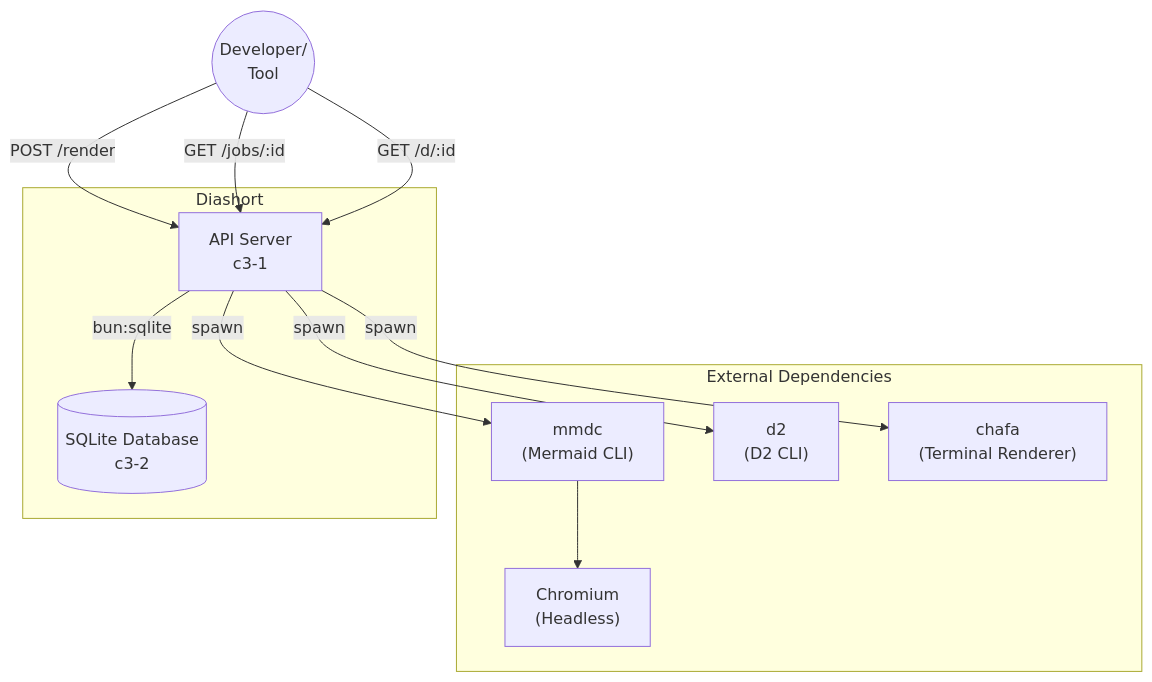
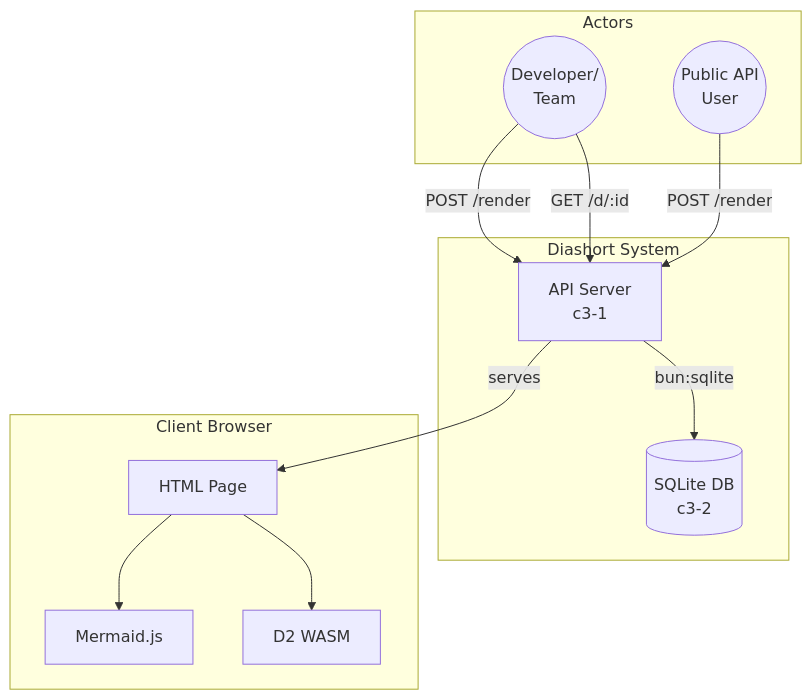
The first of 2 diagrams in .c3/README.md (lagz0ne/diashort), drawn with Mermaid before and after one commit. The commit also changed other lines of this file and 74 other files, not shown here.

First line of the commit message:
feat: migrate to client-side Mermaid + server-side D2 rendering

````diff
--- a/.c3/README.md
+++ b/.c3/README.md
@@ -23,24 +17,27 @@
 ```mermaid
 flowchart TB
-    subgraph External["External Dependencies"]
-        MMDC["mmdc<br/>(Mermaid CLI)"]
-        D2["d2<br/>(D2 CLI)"]
-        Chromium["Chromium<br/>(Headless)"]
-        Chafa["chafa<br/>(Terminal Renderer)"]
+    subgraph Actors
+        A1((Developer/<br/>Team))
+        A2((Public API<br/>User))
     end
 
-    subgraph Diashort["Diashort"]
-        API["API Server<br/>c3-1"]
-        SQLite[("SQLite Database<br/>c3-2")]
+    subgraph Diashort["Diashort System"]
+        C1["API Server<br/>c3-1"]
+        C2[("SQLite DB<br/>c3-2")]
     end
 
-    User((Developer/<br/>Tool)) -->|POST /render| API
-    User -->|GET /jobs/:id| API
-    User -->|GET /d/:id| API
+    subgraph Client["Client Browser"]
+        HTML["HTML Page"]
+        MermaidJS["Mermaid.js"]
+        D2WASM["D2 WASM"]
+    end
 
-    API -->|spawn| MMDC
-    API -->|spawn| D2
-    API -->|spawn| Chafa
-    API -->|bun:sqlite| SQLite
-    MMDC --> Chromium
+    A1 -->|"POST /render"| C1
+    A1 -->|"GET /d/:id"| C1
+    A2 -->|"POST /render"| C1
+
+    C1 -->|"bun:sqlite"| C2
+    C1 -->|"serves"| HTML
+    HTML --> MermaidJS
+    HTML --> D2WASM
 ```
````
